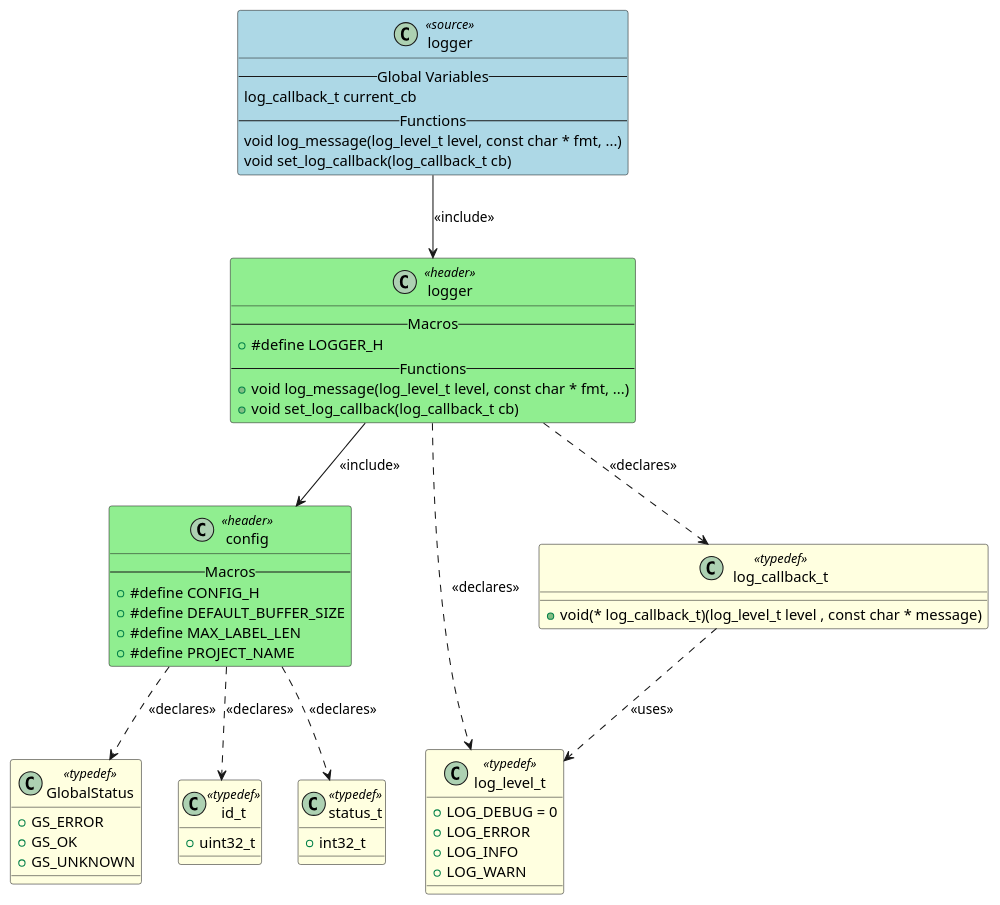
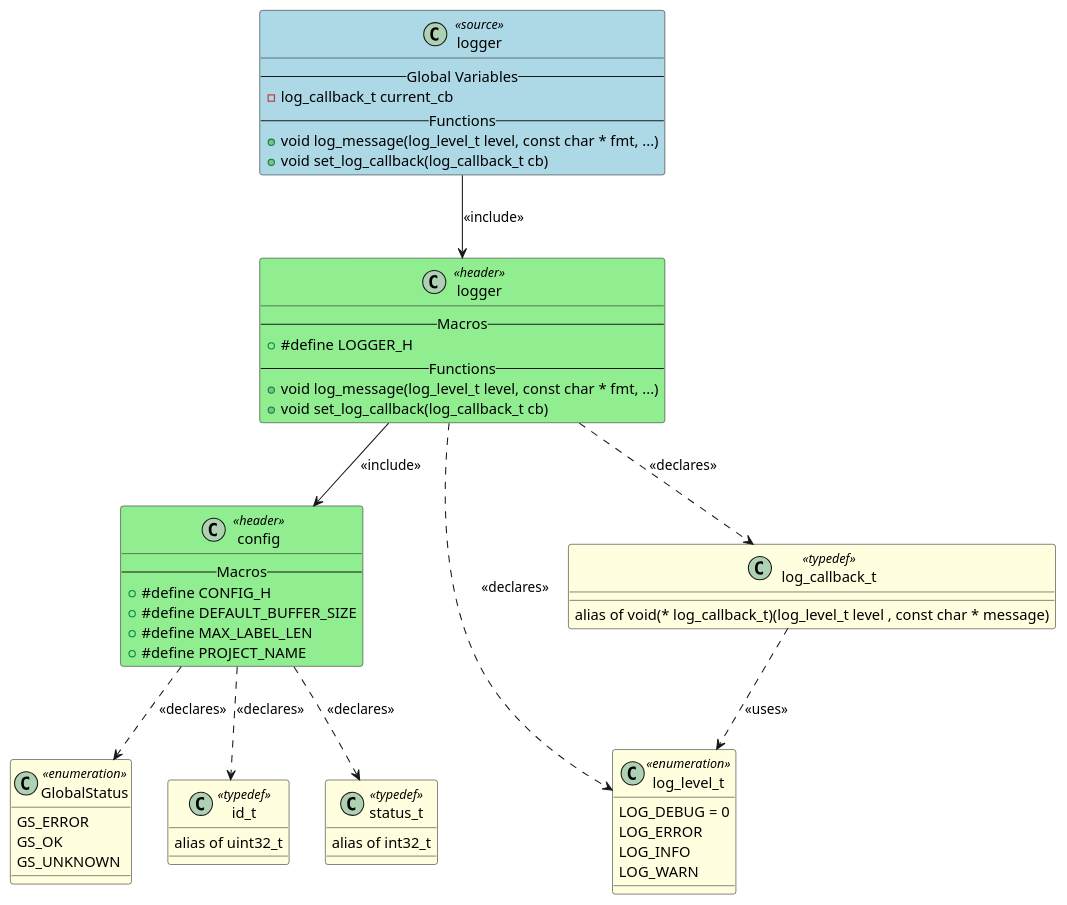
Before and after one commit to fischerjooo/c2puml: the diagram in artifacts/output_example/logger.puml, drawn with PlantUML. The commit also changed 31 other files, not shown here.

Commit message:
Enhance UML diagram generation with stereotypes and visibility detection

```diff
--- a/artifacts/output_example/logger.puml
+++ b/artifacts/output_example/logger.puml
@@ -1,75 +1,75 @@
 @startuml logger
 
 class "logger" as LOGGER <<source>> #LightBlue
 {
     -- Global Variables --
-    log_callback_t current_cb
+    - log_callback_t current_cb
     -- Functions --
-    void log_message(log_level_t level, const char * fmt, ...)
-    void set_log_callback(log_callback_t cb)
+    + void log_message(log_level_t level, const char * fmt, ...)
+    + void set_log_callback(log_callback_t cb)
 }
 
 class "config" as HEADER_CONFIG <<header>> #LightGreen
 {
     -- Macros --
     + #define CONFIG_H
     + #define DEFAULT_BUFFER_SIZE
     + #define MAX_LABEL_LEN
     + #define PROJECT_NAME
 }
 
 class "logger" as HEADER_LOGGER <<header>> #LightGreen
 {
     -- Macros --
     + #define LOGGER_H
     -- Functions --
     + void log_message(log_level_t level, const char * fmt, ...)
     + void set_log_callback(log_callback_t cb)
 }
 
-class "GlobalStatus" as TYPEDEF_GLOBALSTATUS <<typedef>> #LightYellow
+class "GlobalStatus" as TYPEDEF_GLOBALSTATUS <<enumeration>> #LightYellow
 {
-    + GS_ERROR
-    + GS_OK
-    + GS_UNKNOWN
+    GS_ERROR
+    GS_OK
+    GS_UNKNOWN
 }
 
 class "id_t" as TYPEDEF_ID_T <<typedef>> #LightYellow
 {
-    + uint32_t
+    alias of uint32_t
 }
 
 class "status_t" as TYPEDEF_STATUS_T <<typedef>> #LightYellow
 {
-    + int32_t
+    alias of int32_t
 }
 
-class "log_level_t" as TYPEDEF_LOG_LEVEL_T <<typedef>> #LightYellow
+class "log_level_t" as TYPEDEF_LOG_LEVEL_T <<enumeration>> #LightYellow
 {
-    + LOG_DEBUG = 0
-    + LOG_ERROR
-    + LOG_INFO
-    + LOG_WARN
+    LOG_DEBUG = 0
+    LOG_ERROR
+    LOG_INFO
+    LOG_WARN
 }
 
 class "log_callback_t" as TYPEDEF_LOG_CALLBACK_T <<typedef>> #LightYellow
 {
-    + void(* log_callback_t)(log_level_t level , const char * message)
+    alias of void(* log_callback_t)(log_level_t level , const char * message)
 }
 
 
 ' Include relationships
 LOGGER --> HEADER_LOGGER : <<include>>
 HEADER_LOGGER --> HEADER_CONFIG : <<include>>
 
 ' Declaration relationships
 HEADER_CONFIG ..> TYPEDEF_GLOBALSTATUS : <<declares>>
 HEADER_CONFIG ..> TYPEDEF_ID_T : <<declares>>
 HEADER_CONFIG ..> TYPEDEF_STATUS_T : <<declares>>
 HEADER_LOGGER ..> TYPEDEF_LOG_LEVEL_T : <<declares>>
 HEADER_LOGGER ..> TYPEDEF_LOG_CALLBACK_T : <<declares>>
 
 ' Uses relationships
 TYPEDEF_LOG_CALLBACK_T ..> TYPEDEF_LOG_LEVEL_T : <<uses>>
 
 @enduml
```
